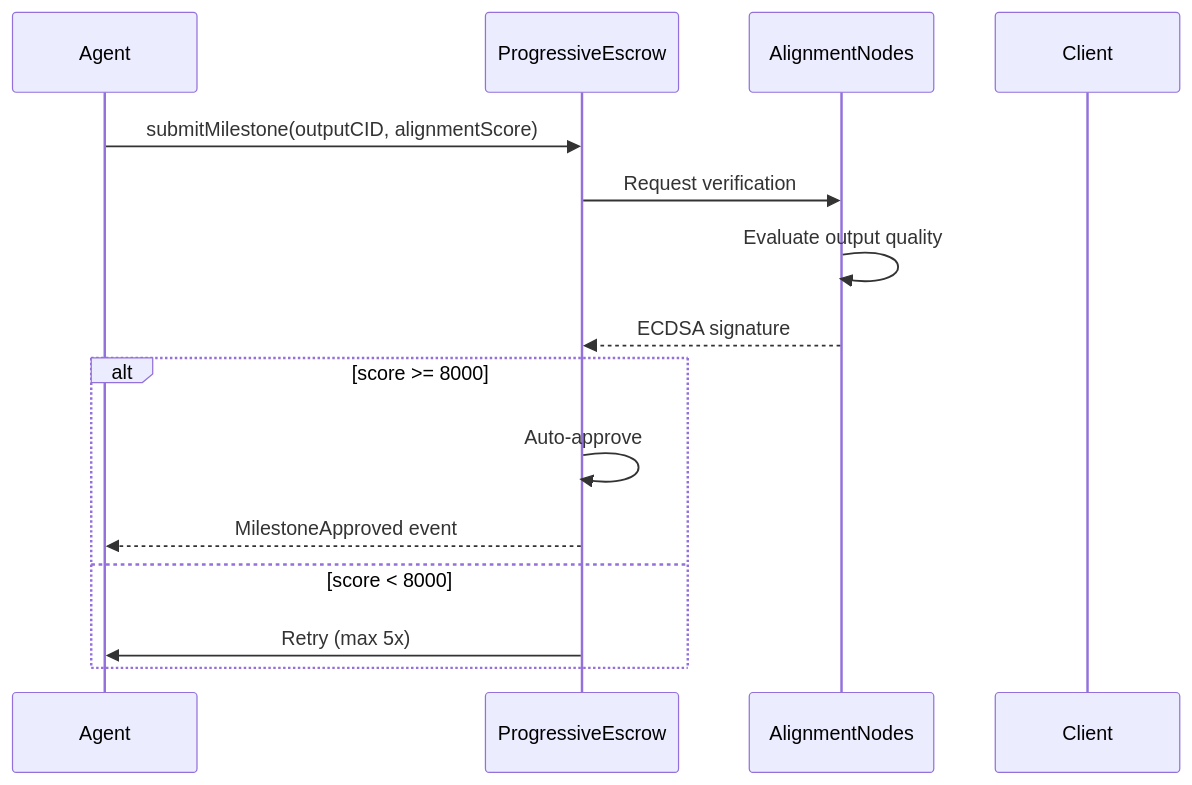
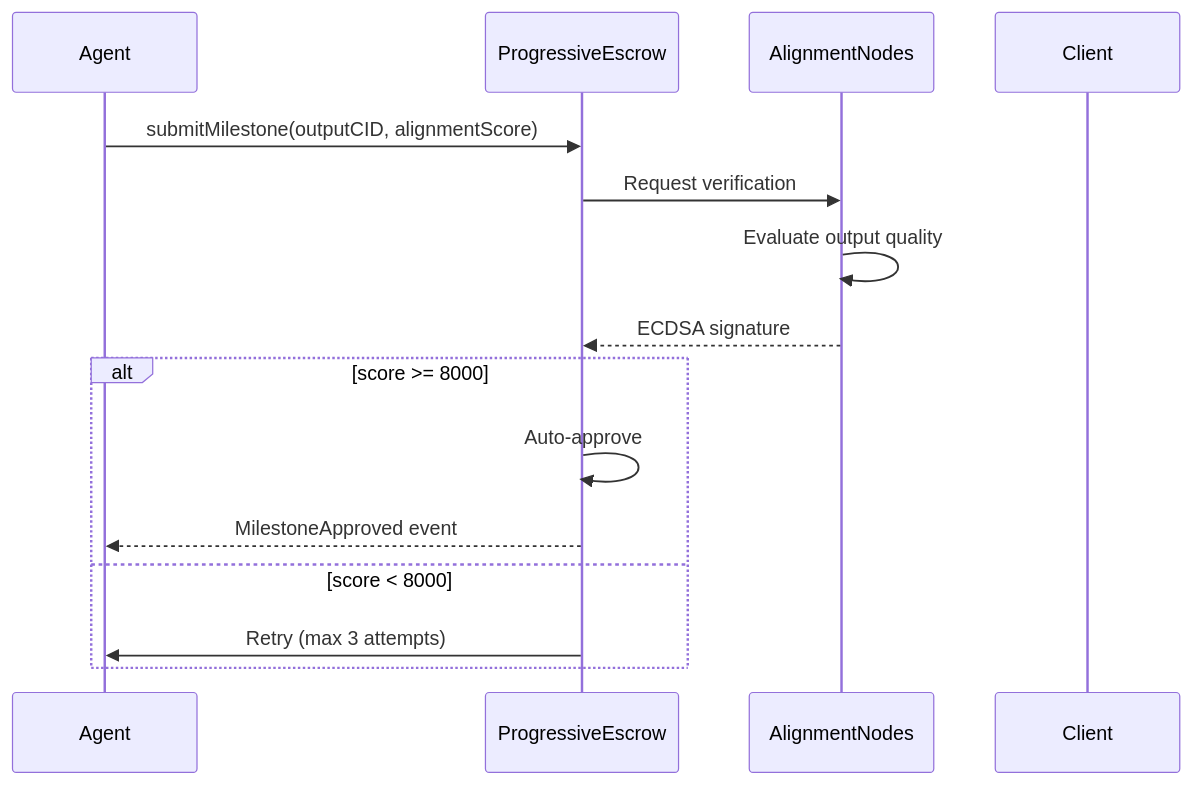
The second of 2 diagrams in contracts/ProgressiveEscrow.md (zer0Gig/Documentation), drawn with Mermaid before and after one commit. The commit also changed other lines of this file and 9 other files, not shown here.

````diff
--- a/contracts/ProgressiveEscrow.md
+++ b/contracts/ProgressiveEscrow.md
@@ -243,18 +243,18 @@
 ```mermaid
 sequenceDiagram
     participant Agent
     participant ProgressiveEscrow
     participant AlignmentNodes
     participant Client
 
     Agent->>ProgressiveEscrow: submitMilestone(outputCID, alignmentScore)
     ProgressiveEscrow->>AlignmentNodes: Request verification
     AlignmentNodes->>AlignmentNodes: Evaluate output quality
     AlignmentNodes-->>ProgressiveEscrow: ECDSA signature
     alt score >= 8000
         ProgressiveEscrow->>ProgressiveEscrow: Auto-approve
         ProgressiveEscrow-->>Agent: MilestoneApproved event
     else score < 8000
-        ProgressiveEscrow->>Agent: Retry (max 5x)
+        ProgressiveEscrow->>Agent: Retry (max 3 attempts)
     end
 ```
````
